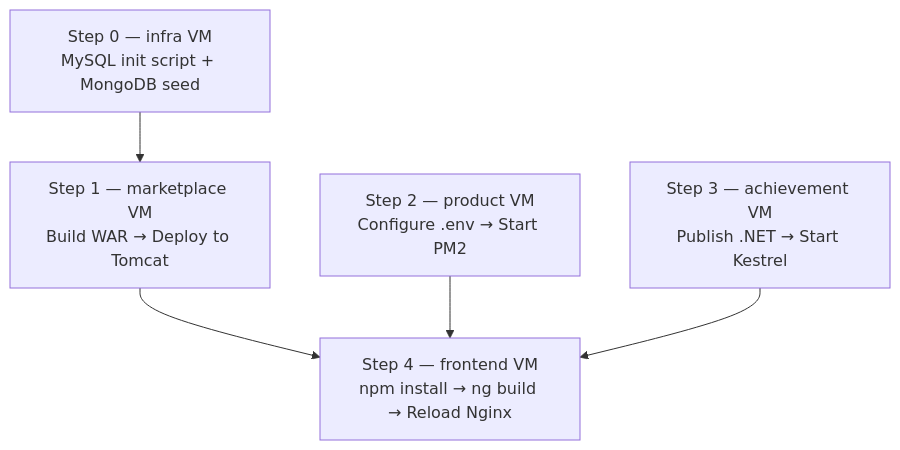
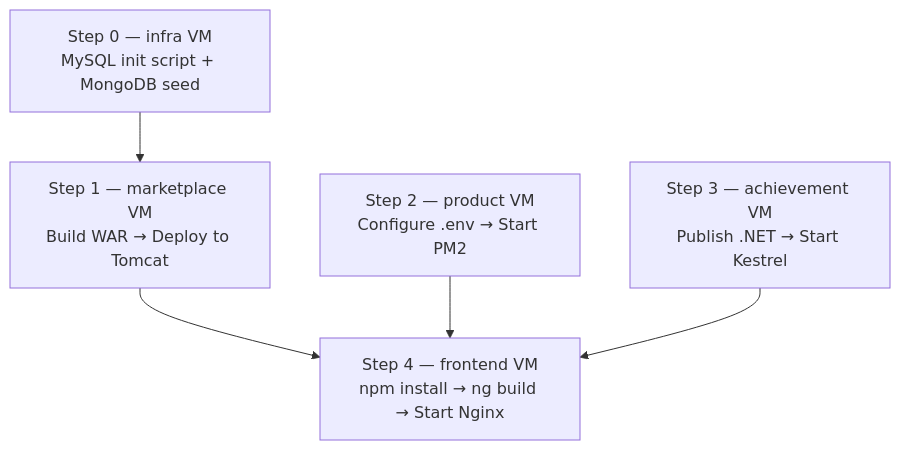
The diagram in docs/install-guide.md (hkhcoder/kidzcart), drawn with Mermaid before and after one commit. The commit also changed other lines of this file, not shown here.

First line of the commit message:
Revise Nginx configuration instructions in install guide

````diff
--- a/docs/install-guide.md
+++ b/docs/install-guide.md
@@ -33,8 +34,8 @@
 ```mermaid
 flowchart TD
     A["Step 0 — infra VM\nMySQL init script + MongoDB seed"] --> B
     B["Step 1 — marketplace VM\nBuild WAR → Deploy to Tomcat"] --> E
     C["Step 2 — product VM\nConfigure .env → Start PM2"] --> E
     D["Step 3 — achievement VM\nPublish .NET → Start Kestrel"] --> E
-    E["Step 4 — frontend VM\nnpm install → ng build → Reload Nginx"]
+    E["Step 4 — frontend VM\nnpm install → ng build → Start Nginx"]
 ```
````
